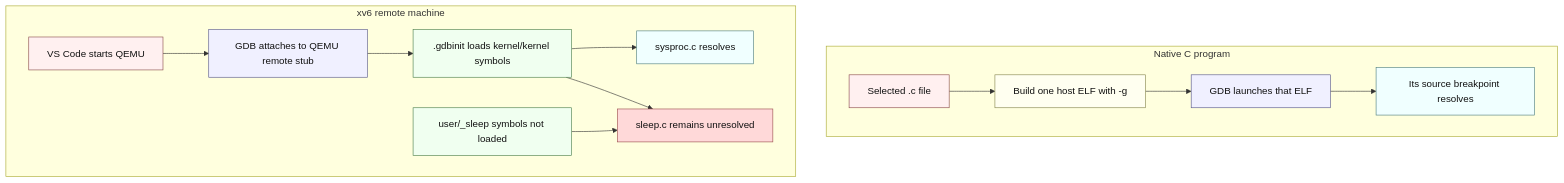
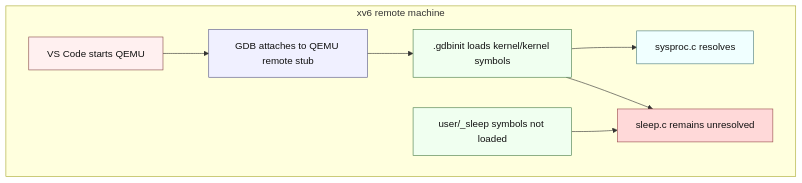
One commit to cv47522/xv6-riscv changed the second of 2 diagrams in docs/09-debugging-xv6.md. Above: the diagram before and after it, drawn with Mermaid. The commit also changed other lines of this file and 8 other files, not shown here.

````diff
--- a/docs/09-debugging-xv6.md
+++ b/docs/09-debugging-xv6.md
@@ -20,27 +41,22 @@
 ```mermaid
 flowchart TB
-    subgraph Native[Native C program]
-        N1[Selected .c file] --> N2[Build one host ELF with -g]
-        N2 --> N3[GDB launches that ELF]
-        N3 --> N4[Its source breakpoint resolves]
-    end
     subgraph Xv6[xv6 remote machine]
         X1[VS Code starts QEMU] --> X2[GDB attaches to QEMU remote stub]
         X2 --> X3[.gdbinit loads kernel/kernel symbols]
         X3 --> X4[sysproc.c resolves]
         X3 --> X5[sleep.c remains unresolved]
         X6[user/_sleep symbols not loaded] --> X5
     end
     classDef request fill:#fff0f0,stroke:#8a4b4b,color:#111
     classDef routing fill:#f0f0ff,stroke:#57578a,color:#111
     classDef data fill:#f0fff0,stroke:#4b7d4b,color:#111
     classDef processing fill:#fffff0,stroke:#85854d,color:#111
     classDef commit fill:#f0ffff,stroke:#4d7d7d,color:#111
     classDef failure fill:#ffd9d9,stroke:#9a4c4c,color:#111
     class N1,X1 request
     class N2 processing
     class N3,X2 routing
     class X3,X6 data
     class N4,X4 commit
     class X5 failure
 ```
````
